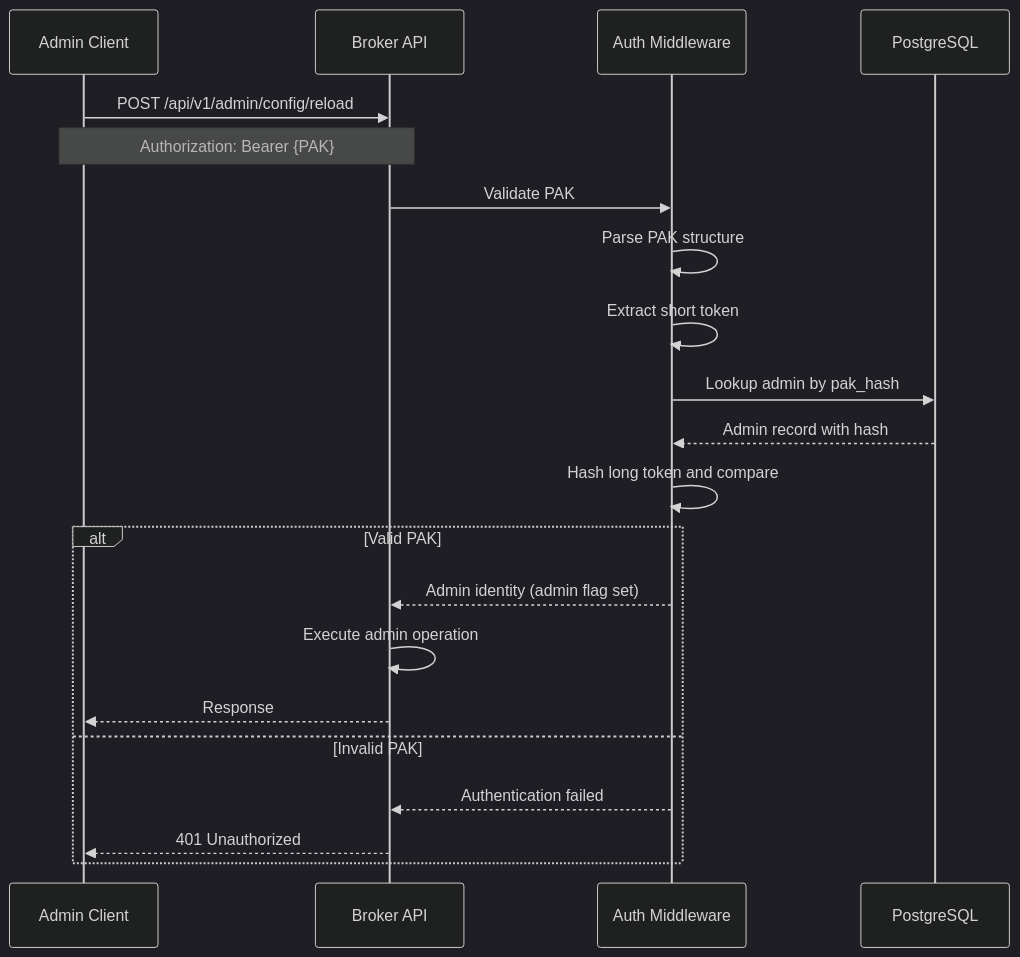
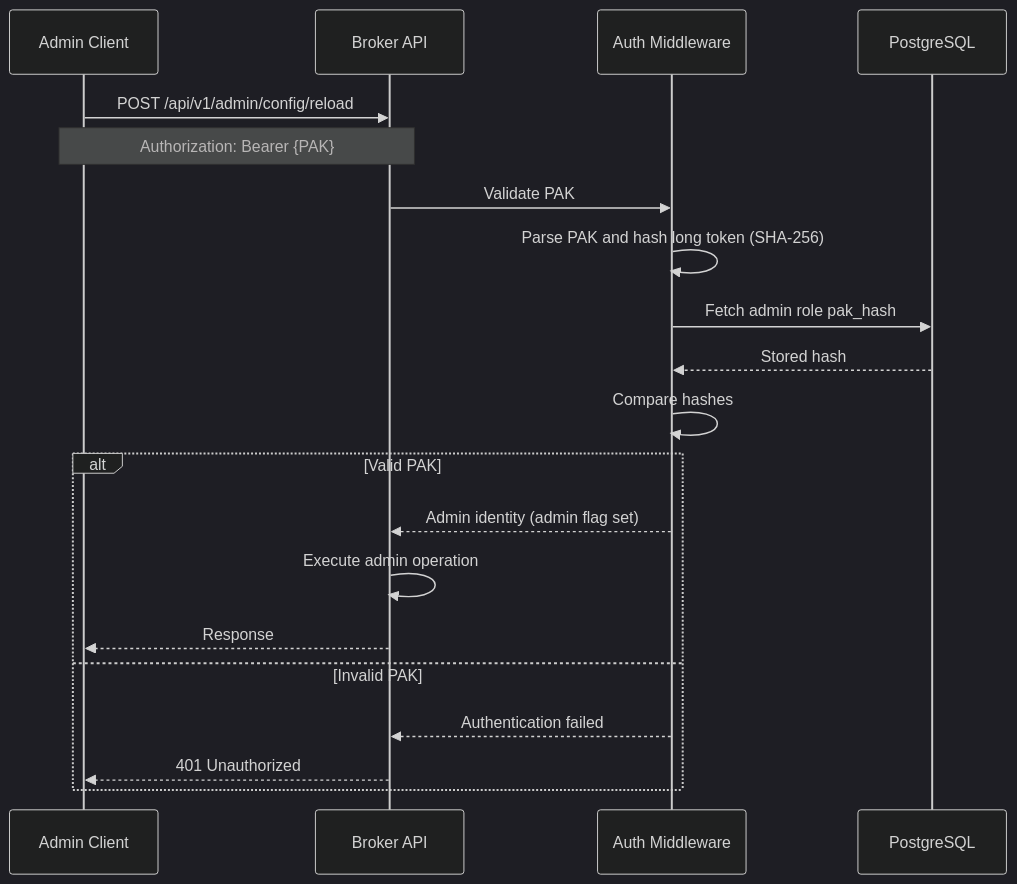
The ninth of 11 diagrams in docs/src/explanation/data-flows.md (colliery-io/brokkr), drawn with Mermaid (dark theme) before and after one commit. The commit also changed other lines of this file and 178 other files, not shown here.

````diff
--- a/docs/src/explanation/data-flows.md
+++ b/docs/src/explanation/data-flows.md
@@ -356,26 +353,25 @@
 ```mermaid
 sequenceDiagram
     participant Admin as Admin Client
     participant Broker as Broker API
     participant Auth as Auth Middleware
     participant DB as PostgreSQL
 
     Admin->>Broker: POST /api/v1/admin/config/reload
     Note over Admin,Broker: Authorization: Bearer {PAK}
 
     Broker->>Auth: Validate PAK
-    Auth->>Auth: Parse PAK structure
-    Auth->>Auth: Extract short token
-    Auth->>DB: Lookup admin by pak_hash
-    DB-->>Auth: Admin record with hash
-    Auth->>Auth: Hash long token and compare
+    Auth->>Auth: Parse PAK and hash long token (SHA-256)
+    Auth->>DB: Fetch admin role pak_hash
+    DB-->>Auth: Stored hash
+    Auth->>Auth: Compare hashes
 
     alt Valid PAK
         Auth-->>Broker: Admin identity (admin flag set)
         Broker->>Broker: Execute admin operation
         Broker-->>Admin: Response
     else Invalid PAK
         Auth-->>Broker: Authentication failed
         Broker-->>Admin: 401 Unauthorized
     end
 ```
````
